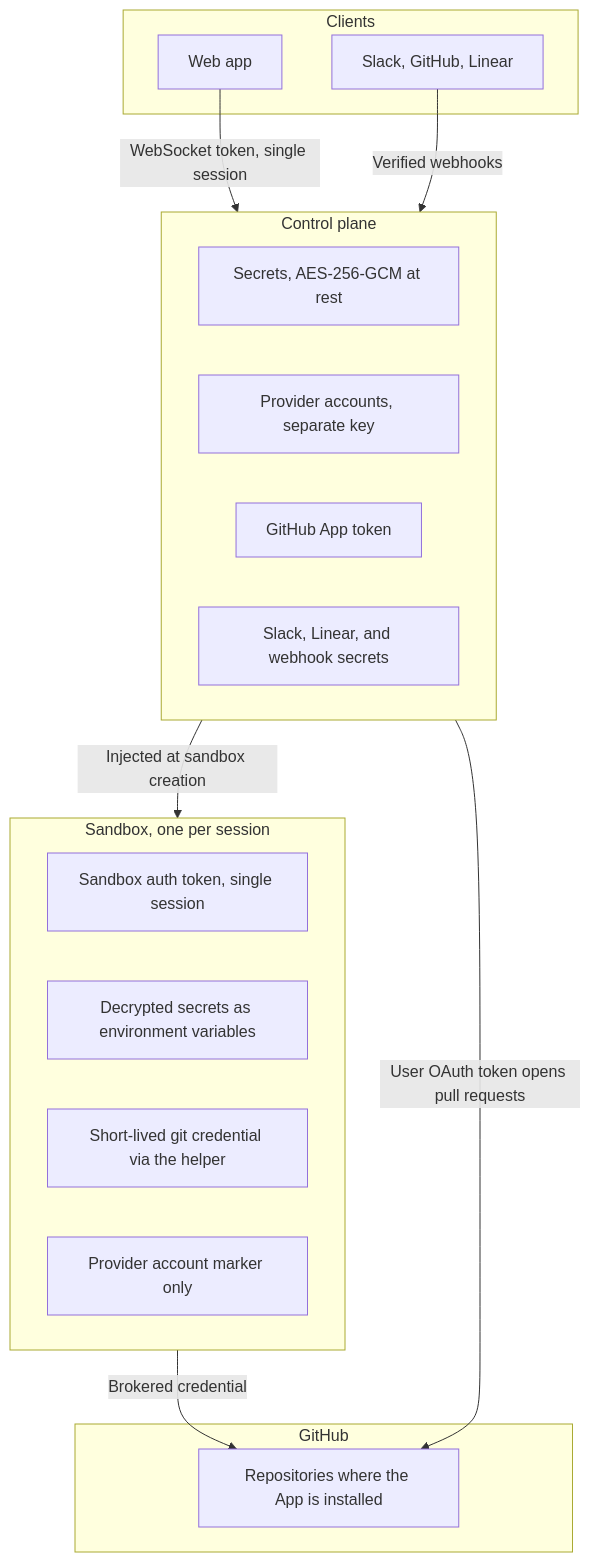
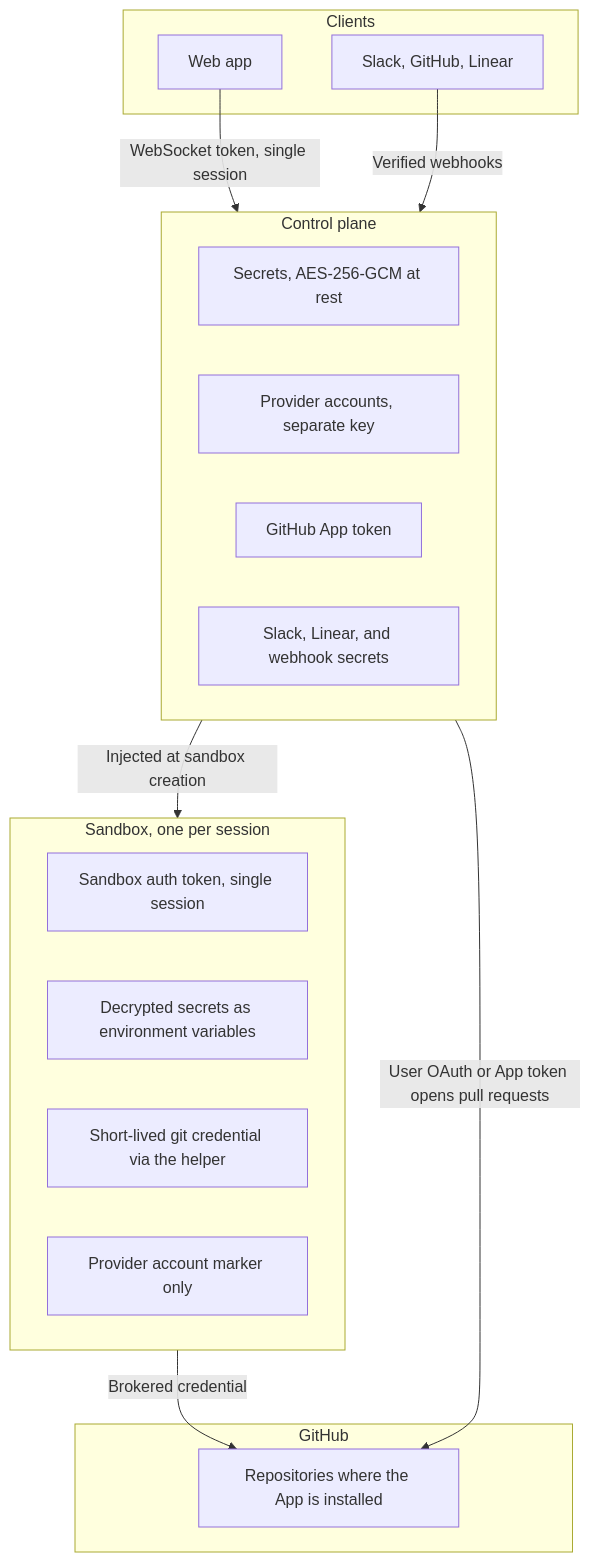
The diagram in packages/docs/content/docs/administration/security.mdx (ColeMurray/background-agents), drawn with Mermaid before and after one commit. The commit also changed other lines of this file and 24 other files, not shown here.

````diff
--- a/packages/docs/content/docs/administration/security.mdx
+++ b/packages/docs/content/docs/administration/security.mdx
@@ -52,28 +54,28 @@
 ```mermaid
 flowchart TB
     accTitle: Where tokens and secrets live across clients, the control plane, the sandbox, and GitHub
     subgraph clients["Clients"]
         web["Web app"]
         chat["Slack, GitHub, Linear"]
     end
     subgraph cp["Control plane"]
         secrets["Secrets, AES-256-GCM at rest"]
         accounts["Provider accounts, separate key"]
         apptoken["GitHub App token"]
         bottokens["Slack, Linear, and webhook secrets"]
     end
     subgraph sandbox["Sandbox, one per session"]
         sbtoken["Sandbox auth token, single session"]
         env["Decrypted secrets as environment variables"]
         cred["Short-lived git credential via the helper"]
         marker["Provider account marker only"]
     end
     subgraph gh["GitHub"]
         repos["Repositories where the App is installed"]
     end
     web -->|WebSocket token, single session| cp
     chat -->|Verified webhooks| cp
     cp -->|Injected at sandbox creation| sandbox
     sandbox -->|Brokered credential| repos
-    cp -->|User OAuth token opens pull requests| repos
+    cp -->|User OAuth or App token opens pull requests| repos
 ```
````
